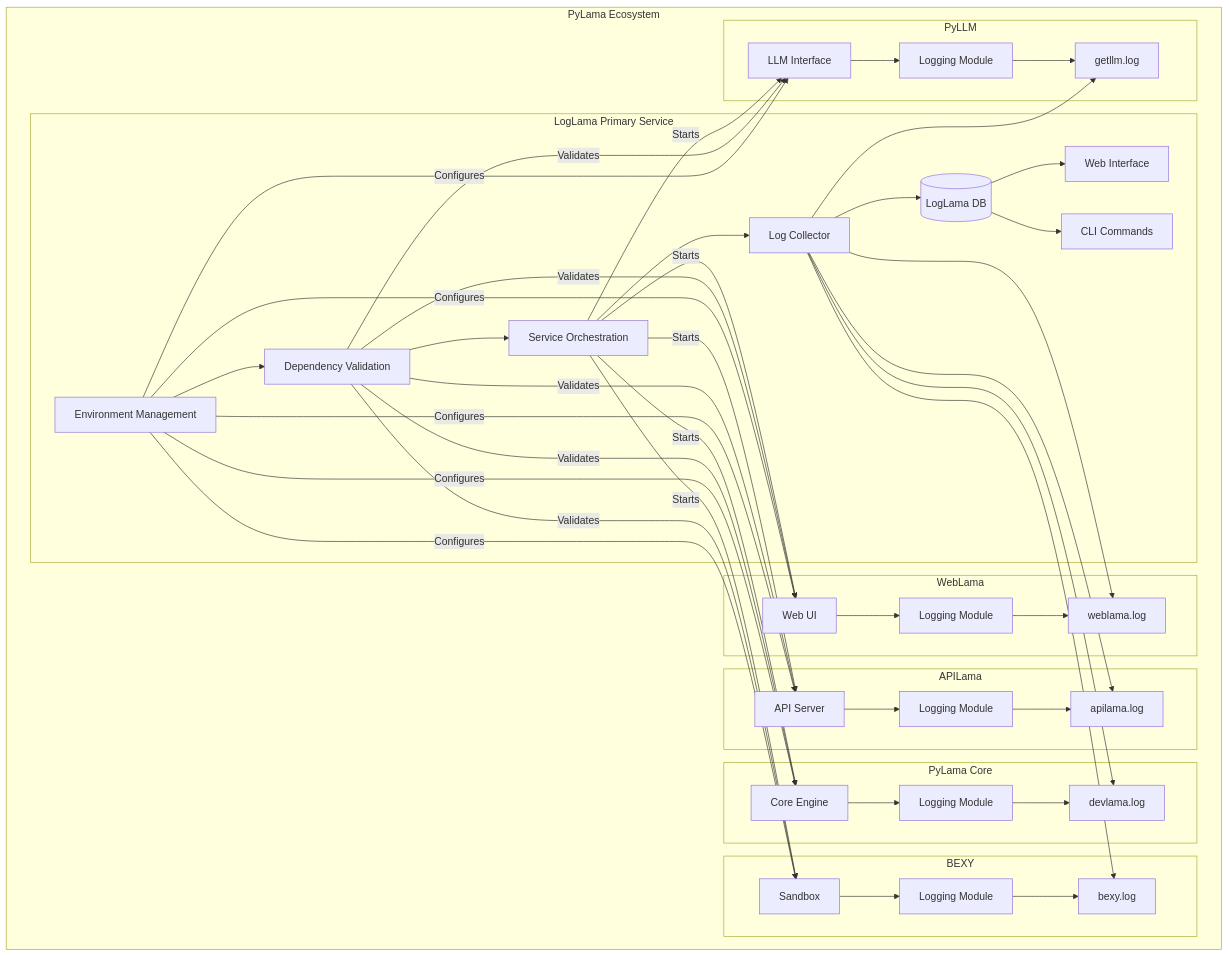
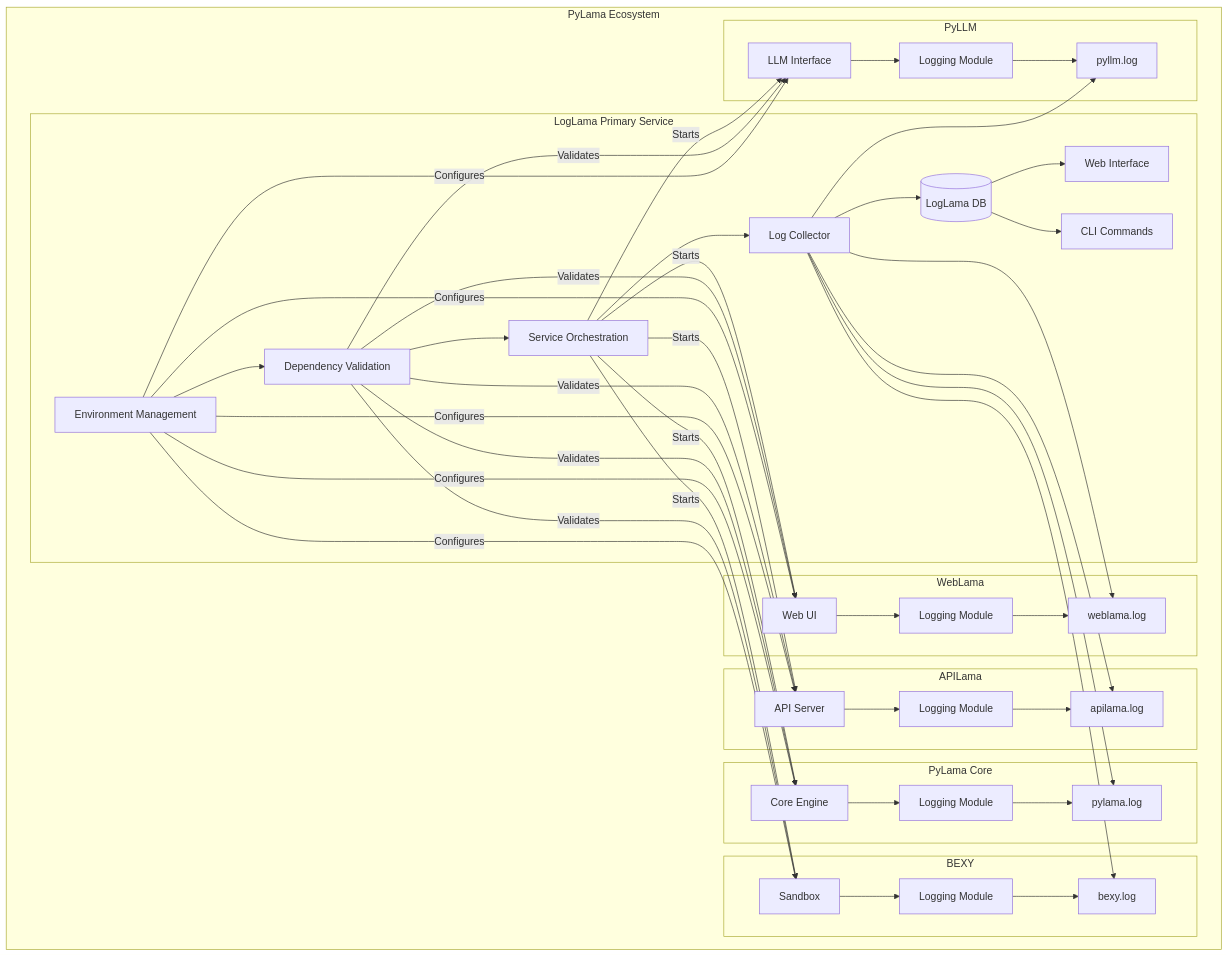
The diagram in COMPONENT_INTEGRATION.md (py-lama/loglama), drawn with Mermaid before and after one commit. The commit also changed 14 other files, not shown here.

````diff
--- a/COMPONENT_INTEGRATION.md
+++ b/COMPONENT_INTEGRATION.md
@@ -11,66 +11,66 @@
 ```mermaid
 graph TB
     subgraph "PyLama Ecosystem"
         subgraph "LogLama Primary Service"
             LL_ENV[Environment Management] --> LL_DEP[Dependency Validation]
             LL_DEP --> LL_ORCH[Service Orchestration]
             LL_ORCH --> LL_COLL[Log Collector]
             LL_COLL --> LL_DB[(LogLama DB)]
             LL_DB --> LL_WEB[Web Interface]
             LL_DB --> LL_CLI[CLI Commands]
         end
         
         subgraph "WebLama"
             WL[Web UI] --> WL_LOG[Logging Module]
             WL_LOG --> WL_FILE[weblama.log]
         end
         
         subgraph "APILama"
             API[API Server] --> API_LOG[Logging Module]
             API_LOG --> API_FILE[apilama.log]
         end
         
         subgraph "PyLama Core"
             PL[Core Engine] --> PL_LOG[Logging Module]
-            PL_LOG --> PL_FILE[devlama.log]
+            PL_LOG --> PL_FILE[pylama.log]
         end
         
         subgraph "BEXY"
             PB[Sandbox] --> PB_LOG[Logging Module]
             PB_LOG --> PB_FILE[bexy.log]
         end
         
         subgraph "PyLLM"
             PLLM[LLM Interface] --> PLLM_LOG[Logging Module]
-            PLLM_LOG --> PLLM_FILE[getllm.log]
+            PLLM_LOG --> PLLM_FILE[pyllm.log]
         end
         
         %% Environment Management
         LL_ENV -->|Configures| WL
         LL_ENV -->|Configures| API
         LL_ENV -->|Configures| PL
         LL_ENV -->|Configures| PB
         LL_ENV -->|Configures| PLLM
         
         %% Dependency Validation
         LL_DEP -->|Validates| WL
         LL_DEP -->|Validates| API
         LL_DEP -->|Validates| PL
         LL_DEP -->|Validates| PB
         LL_DEP -->|Validates| PLLM
         
         %% Service Orchestration
         LL_ORCH -->|Starts| WL
         LL_ORCH -->|Starts| API
         LL_ORCH -->|Starts| PL
         LL_ORCH -->|Starts| PB
         LL_ORCH -->|Starts| PLLM
         
         %% Log Collection
         LL_COLL --> WL_FILE
         LL_COLL --> API_FILE
         LL_COLL --> PL_FILE
         LL_COLL --> PB_FILE
         LL_COLL --> PLLM_FILE
     end
 ```
````
